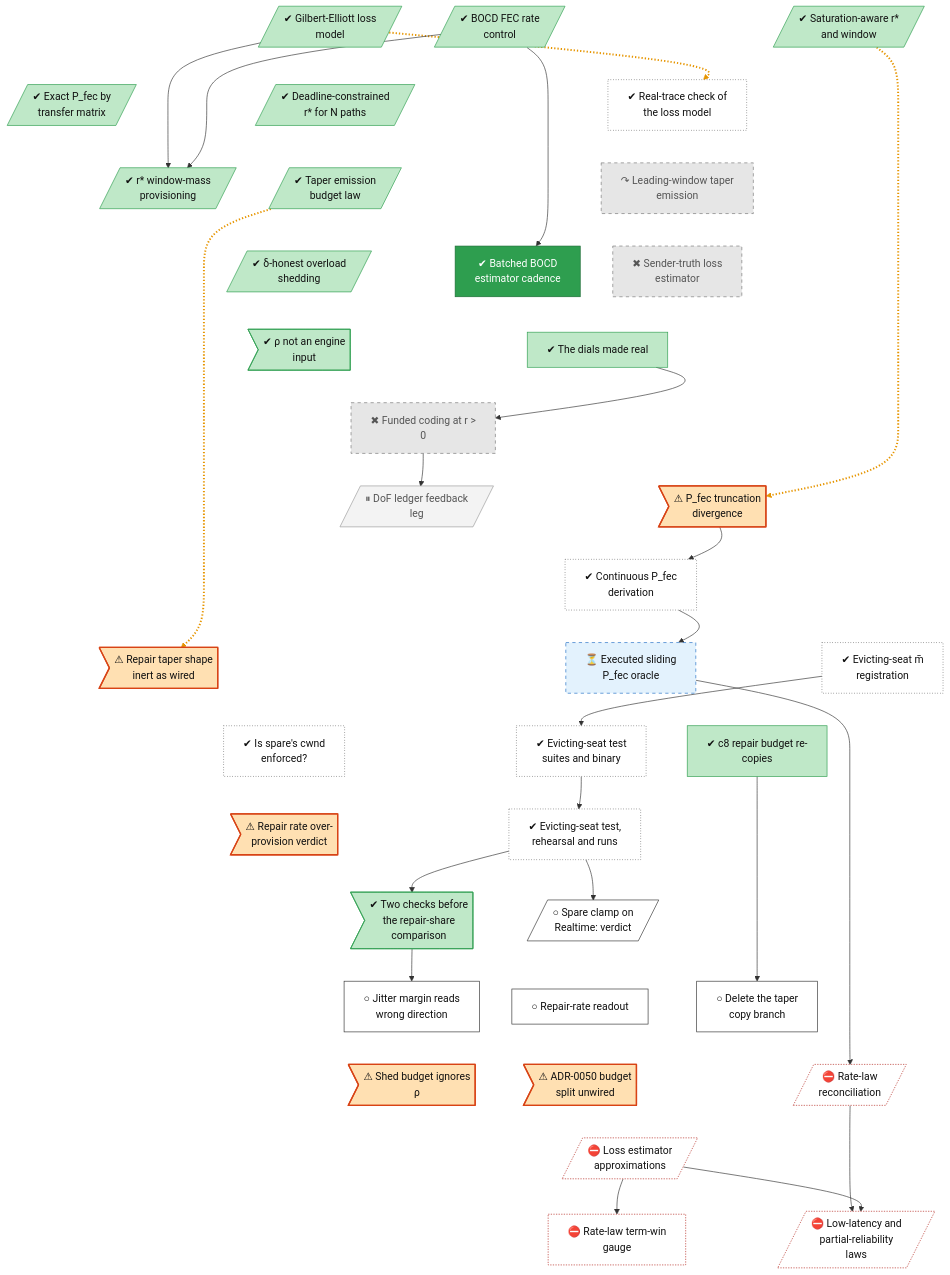
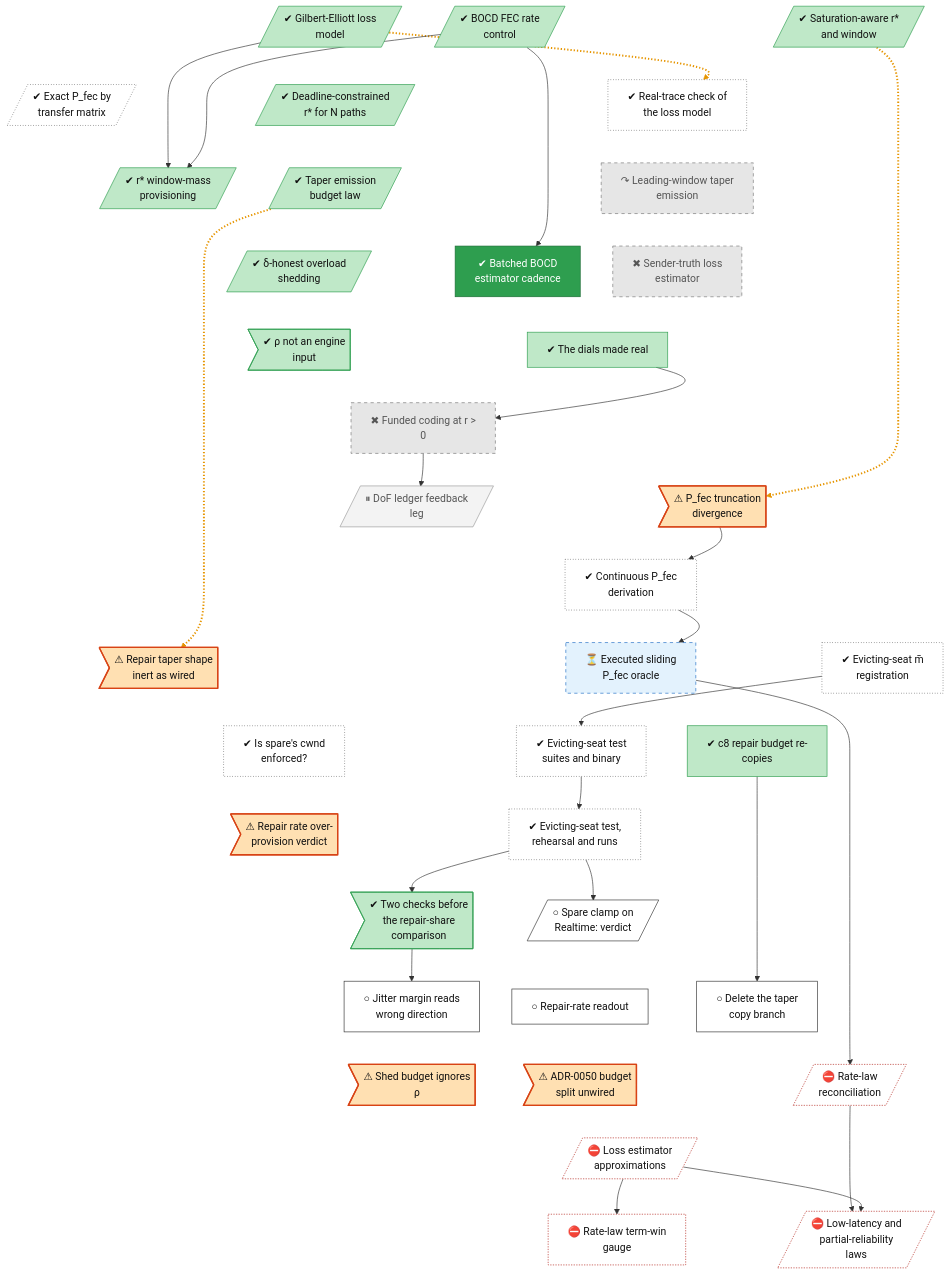
One commit to lhns/raptorpath changed the diagram in docs/roadmap/tracks/rate.md. Above: the diagram before and after it, drawn with Mermaid. The commit also changed other lines of this file and 7 other files, not shown here.

First line of the commit message:
roadmap: Fable's sentences and label commits; done owner calls drawn in the overview

```diff
--- a/docs/roadmap/tracks/rate.md
+++ b/docs/roadmap/tracks/rate.md
@@ -120,8 +120,8 @@
     classDef userdec fill:#d9c2f0,stroke:#7b3fb5,color:#111
     classDef defect fill:#ffe0b2,stroke:#d84315,stroke-width:2px,color:#111
     classDef waiting fill:#e3f2fd,stroke:#1f6fc5,stroke-dasharray:5 5,color:#111
-    class rate_ge_hmm,rate_fec_rate_v1,rate_saturation_rstar,rate_pfec_exact,rate_deadline_rstar,rate_rstar_window_mass,rate_taper_r,rate_unified_shed,rate_rho_not_input,rate_dials_made_real,rate_c8_frontier_recopy,rate_k4_input_checks succ
-    class rate_ge_real_trace,rate_pfec_continuous,rate_evict_registration,rate_spare_cwnd,rate_evict_epre,rate_evict_session unrated
+    class rate_ge_hmm,rate_fec_rate_v1,rate_saturation_rstar,rate_deadline_rstar,rate_rstar_window_mass,rate_taper_r,rate_unified_shed,rate_rho_not_input,rate_dials_made_real,rate_c8_frontier_recopy,rate_k4_input_checks succ
+    class rate_pfec_exact,rate_ge_real_trace,rate_pfec_continuous,rate_evict_registration,rate_spare_cwnd,rate_evict_epre,rate_evict_session unrated
     class rate_leading_taper,rate_sender_truth_loss,rate_r_battery dead
     class rate_est_cadence vsucc
     class rate_dof_ledger parked
```
